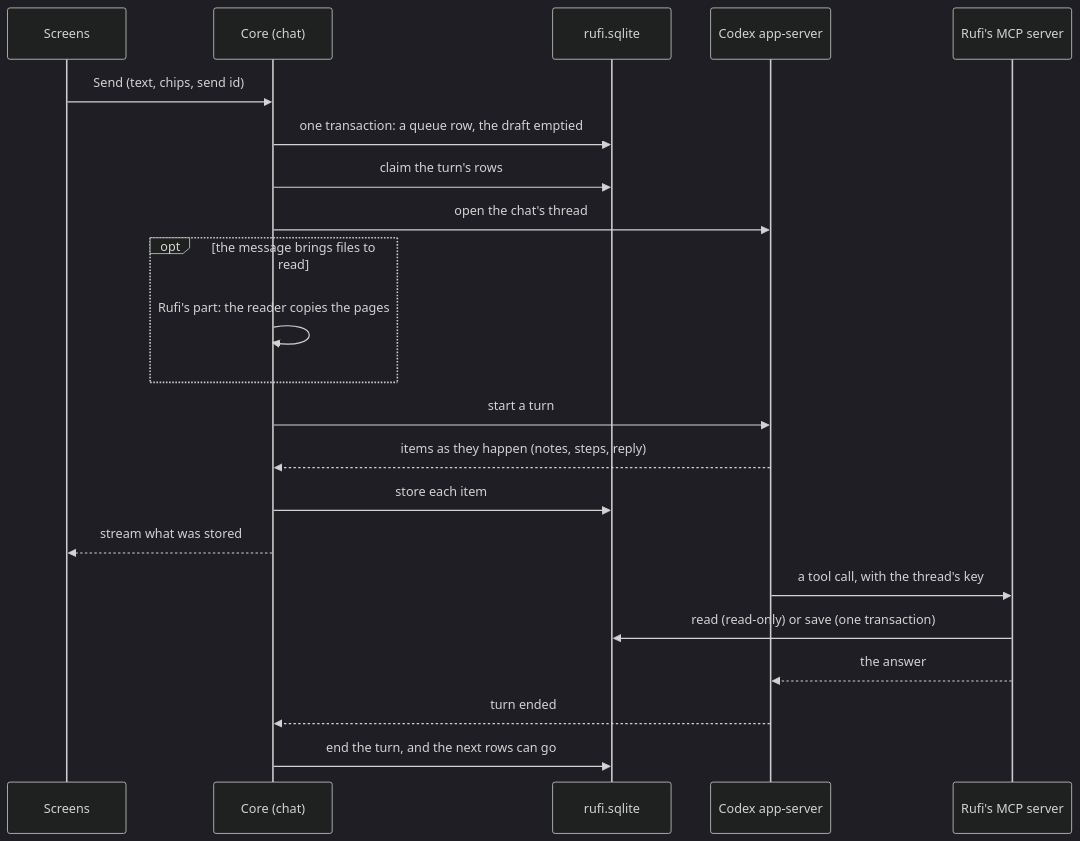
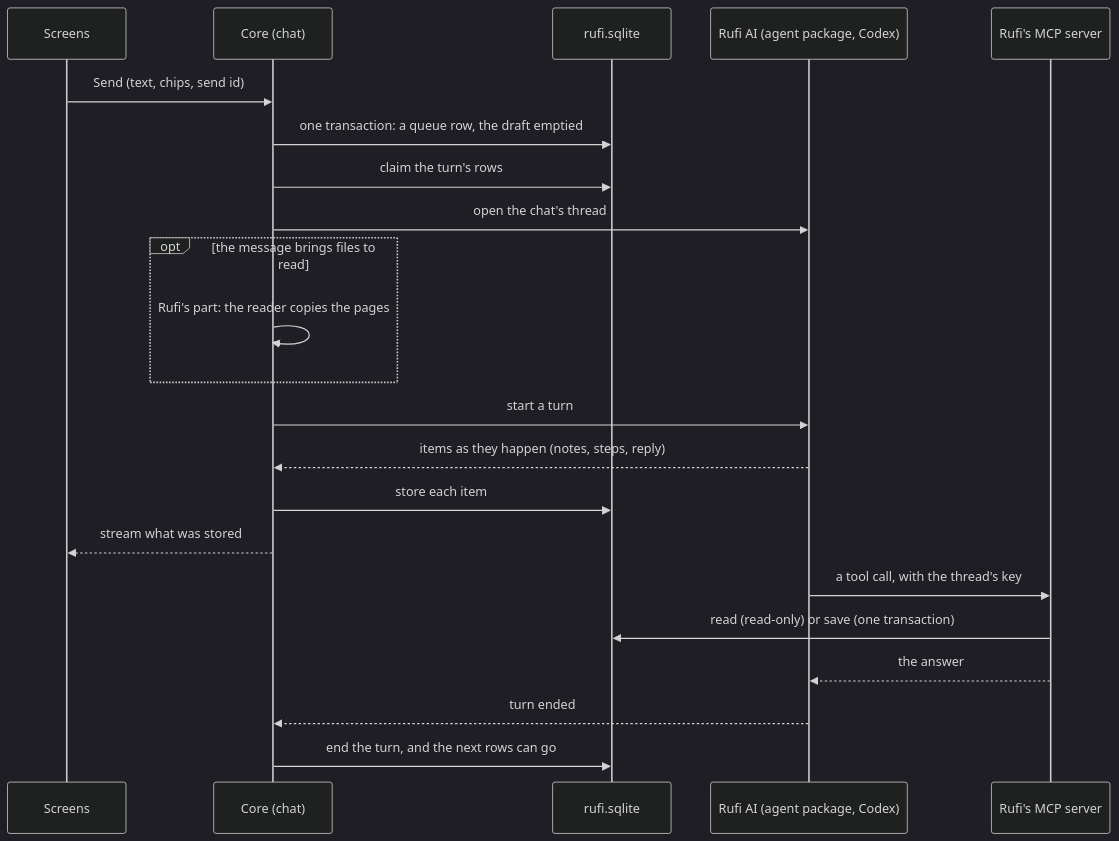
Before and after one commit to mahesh0431/rufi: the second of 2 diagrams in docs/how-rufi-works.md, drawn with Mermaid (dark theme). The commit also changed other lines of this file and 25 other files, not shown here.

Commit message:
Rufi AI's replies run through the agent package (#142)

````diff
--- a/docs/how-rufi-works.md
+++ b/docs/how-rufi-works.md
@@ -106,25 +106,25 @@
 ```mermaid
 sequenceDiagram
   participant S as Screens
   participant C as Core (chat)
   participant DB as rufi.sqlite
-  participant X as Codex app-server
+  participant X as Rufi AI (agent package, Codex)
   participant M as Rufi's MCP server
 
   S->>C: Send (text, chips, send id)
   C->>DB: one transaction: a queue row, the draft emptied
   C->>DB: claim the turn's rows
   C->>X: open the chat's thread
   opt the message brings files to read
     C->>C: Rufi's part: the reader copies the pages
   end
   C->>X: start a turn
   X-->>C: items as they happen (notes, steps, reply)
   C->>DB: store each item
   C-->>S: stream what was stored
   X->>M: a tool call, with the thread's key
   M->>DB: read (read-only) or save (one transaction)
   M-->>X: the answer
   X-->>C: turn ended
   C->>DB: end the turn, and the next rows can go
 ```
````
